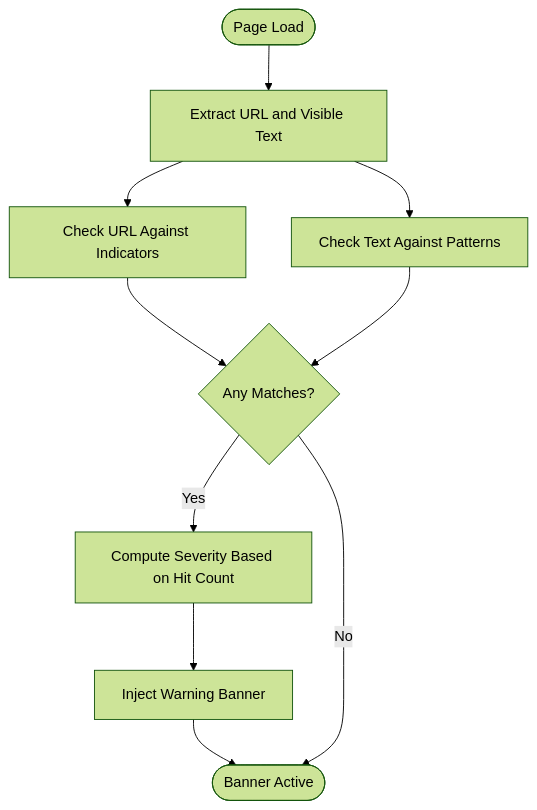
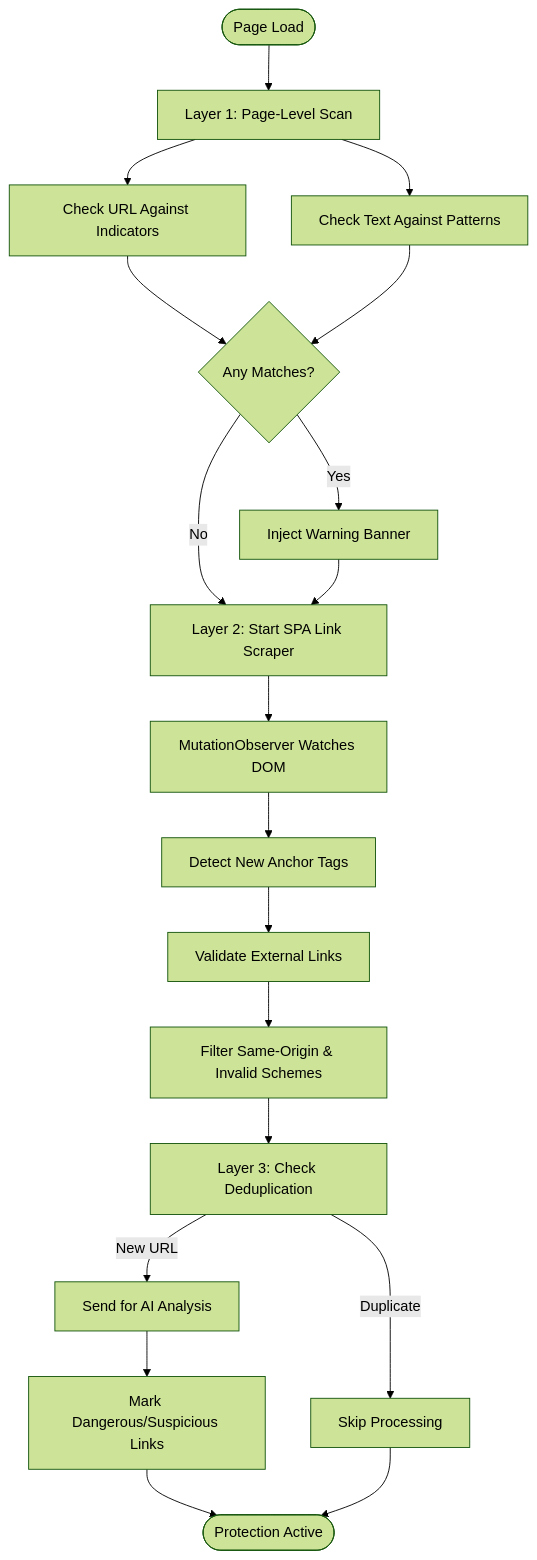
One commit to Aymanaahh/scrollguard-ai changed the third of 7 diagrams in .qoder/repowiki/en/content/System Architecture.md. Above: the diagram before and after it, drawn with Mermaid (forest theme). The commit also changed other lines of this file and 38 other files, not shown here.

````diff
--- a/.qoder/repowiki/en/content/System Architecture.md
+++ b/.qoder/repowiki/en/content/System Architecture.md
@@ -121,12 +161,21 @@
 ```mermaid
 flowchart TD
-Start(["Page Load"]) --> Extract["Extract URL and Visible Text"]
-Extract --> CheckURL["Check URL Against Indicators"]
-Extract --> CheckText["Check Text Against Patterns"]
-CheckURL --> Hits{"Any Matches?"}
-CheckText --> Hits
-Hits --> |Yes| Severity["Compute Severity Based on Hit Count"]
-Severity --> Inject["Inject Warning Banner"]
-Inject --> End(["Banner Active"])
-Hits --> |No| End
+Start(["Page Load"]) --> Layer1["Layer 1: Page-Level Scan"]
+Layer1 --> CheckURL["Check URL Against Indicators"]
+Layer1 --> CheckText["Check Text Against Patterns"]
+CheckURL --> Combine{"Any Matches?"}
+CheckText --> Combine
+Combine --> |Yes| Banner["Inject Warning Banner"]
+Combine --> |No| Layer2["Layer 2: Start SPA Link Scraper"]
+Banner --> Layer2
+Layer2 --> Observer["MutationObserver Watches DOM"]
+Observer --> NewLinks["Detect New Anchor Tags"]
+NewLinks --> Validate["Validate External Links"]
+Validate --> Filter["Filter Same-Origin & Invalid Schemes"]
+Filter --> Dedup["Layer 3: Check Deduplication"]
+Dedup --> |New URL| Analyze["Send for AI Analysis"]
+Dedup --> |Duplicate| Skip["Skip Processing"]
+Analyze --> Mark["Mark Dangerous/Suspicious Links"]
+Mark --> End(["Protection Active"])
+Skip --> End
 ```
````
